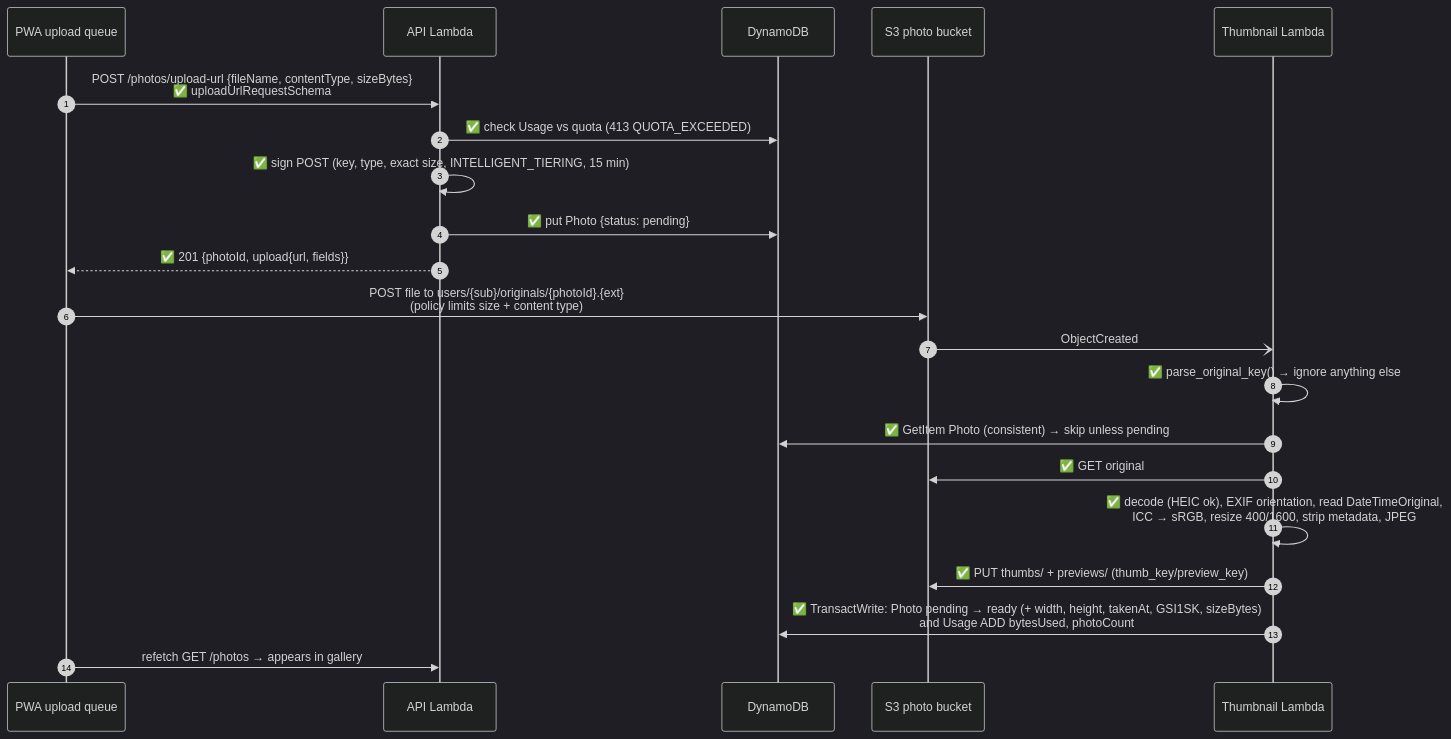
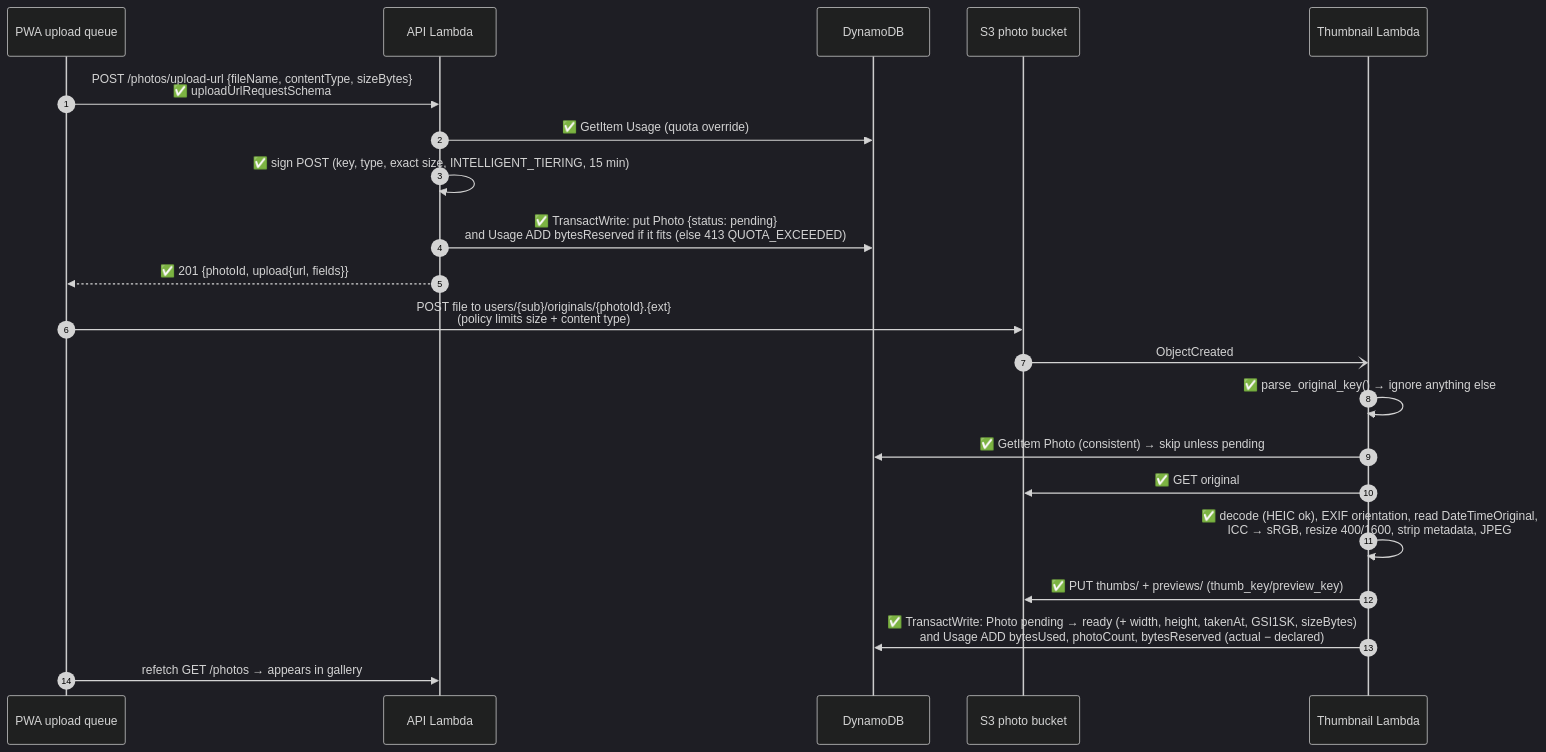
Before and after one commit to EdgarA28/Photo-app: the fifth of 6 diagrams in ARCHITECTURE.md, drawn with Mermaid (dark theme). The commit also changed other lines of this file and 12 other files, not shown here.

First line of the commit message:
Reserve quota for pending uploads (Phase 5.6b)

````diff
--- a/ARCHITECTURE.md
+++ b/ARCHITECTURE.md
@@ -572,23 +576,23 @@
 ```mermaid
 sequenceDiagram
   autonumber
   participant U as PWA upload queue
   participant A as API Lambda
   participant D as DynamoDB
   participant S as S3 photo bucket
   participant T as Thumbnail Lambda
   U->>A: POST /photos/upload-url {fileName, contentType, sizeBytes}<br/>✅ uploadUrlRequestSchema
-  A->>D: ✅ check Usage vs quota (413 QUOTA_EXCEEDED)
+  A->>D: ✅ GetItem Usage (quota override)
   A->>A: ✅ sign POST (key, type, exact size, INTELLIGENT_TIERING, 15 min)
-  A->>D: ✅ put Photo {status: pending}
+  A->>D: ✅ TransactWrite: put Photo {status: pending}<br/>and Usage ADD bytesReserved if it fits (else 413 QUOTA_EXCEEDED)
   A-->>U: ✅ 201 {photoId, upload{url, fields}}
   U->>S: POST file to users/{sub}/originals/{photoId}.{ext}<br/>(policy limits size + content type)
   S-)T: ObjectCreated
   T->>T: ✅ parse_original_key() → ignore anything else
   T->>D: ✅ GetItem Photo (consistent) → skip unless pending
   T->>S: ✅ GET original
   T->>T: ✅ decode (HEIC ok), EXIF orientation, read DateTimeOriginal,<br/>ICC → sRGB, resize 400/1600, strip metadata, JPEG
   T->>S: ✅ PUT thumbs/ + previews/ (thumb_key/preview_key)
-  T->>D: ✅ TransactWrite: Photo pending → ready (+ width, height, takenAt, GSI1SK, sizeBytes)<br/>and Usage ADD bytesUsed, photoCount
+  T->>D: ✅ TransactWrite: Photo pending → ready (+ width, height, takenAt, GSI1SK, sizeBytes)<br/>and Usage ADD bytesUsed, photoCount, bytesReserved (actual − declared)
   U->>A: refetch GET /photos → appears in gallery
 ```
````
